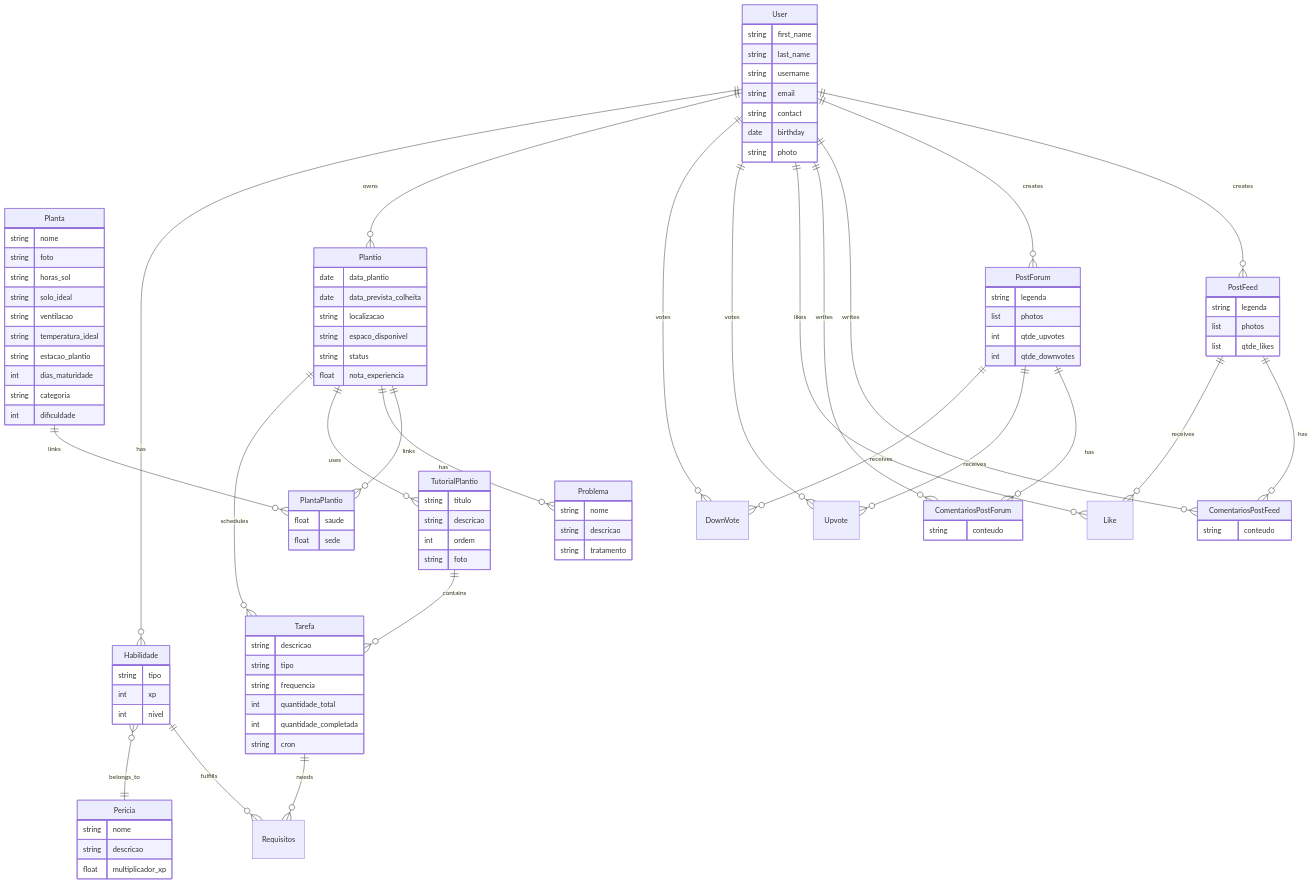
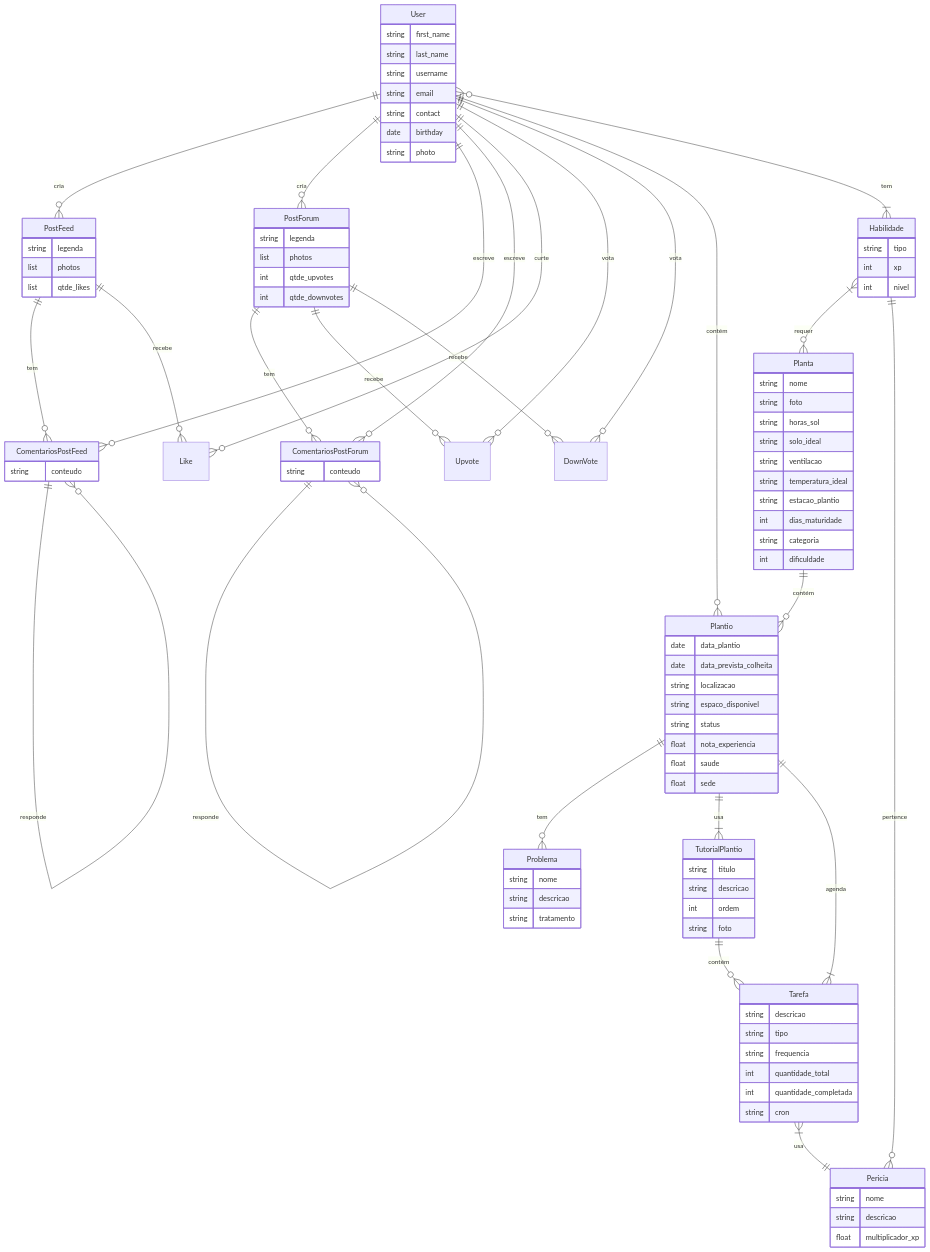
One commit to Projetos-Faculdade-UCS/plantinhas changed the diagram in README.md. Above: the diagram before and after it, drawn with Mermaid.

Commit message:
Update README.md for clarity and formatting

````diff
--- a/README.md
+++ b/README.md
@@ -27,11 +27,6 @@
     int dificuldade
   }
 
-  PlantaPlantio {
-    float saude
-    float sede
-  }
-
   Plantio {
     date data_plantio
     date data_prevista_colheita
@@ -39,6 +34,8 @@
     string espaco_disponivel
     string status
     float nota_experiencia
+    float saude
+    float sede
   }
 
   Problema {
@@ -75,9 +72,6 @@
     int nivel
   }
 
-  Requisitos {
-  }
-
   PostFeed {
     string legenda
     list photos
@@ -109,34 +103,37 @@
   }
 
   %% Relationships
-  User ||--o{ PostFeed : creates
-  User ||--o{ PostForum : creates
-  User ||--o{ ComentariosPostFeed : writes
-  User ||--o{ ComentariosPostForum : writes
-  User ||--o{ Like : likes
-  User ||--o{ Upvote : votes
-  User ||--o{ DownVote : votes
-  User ||--o{ Plantio : owns
-  User ||--o{ Habilidade : has
+  User ||--o{ PostFeed : cria
+  User ||--o{ PostForum : cria
+  User ||--o{ ComentariosPostFeed : escreve
+  User ||--o{ ComentariosPostForum : escreve
+  User ||--o{ Like : curte
+  User ||--o{ Upvote : vota
+  User ||--o{ DownVote : vota
+  User ||--o{ Plantio : contém
+  User }o--|{ Habilidade : tem
 
-  PostFeed ||--o{ ComentariosPostFeed : has
-  PostFeed ||--o{ Like : receives
+  ComentariosPostFeed ||--o{ ComentariosPostFeed : responde
 
-  PostForum ||--o{ ComentariosPostForum : has
-  PostForum ||--o{ Upvote : receives
-  PostForum ||--o{ DownVote : receives
+  PostFeed ||--o{ ComentariosPostFeed : tem
+  PostFeed ||--o{ Like : recebe
 
-  Plantio ||--o{ PlantaPlantio : links
-  Planta ||--o{ PlantaPlantio : links
+  ComentariosPostForum ||--o{ ComentariosPostForum : responde
 
-  Plantio ||--o{ Problema : has
-  Plantio ||--o{ TutorialPlantio : uses
-  Plantio ||--o{ Tarefa : schedules
+  PostForum ||--o{ ComentariosPostForum : tem
+  PostForum ||--o{ Upvote : recebe
+  PostForum ||--o{ DownVote : recebe
 
-  TutorialPlantio ||--o{ Tarefa : contains
+  Planta ||--o{ Plantio : contém
 
-  Tarefa ||--o{ Requisitos : needs
-  Habilidade ||--o{ Requisitos : fulfills
+  Plantio ||--o{ Problema : tem
+  Plantio ||--|{ TutorialPlantio : usa
+  Plantio ||--|{ Tarefa : agenda
 
-  Habilidade }o--|| Pericia : belongs_to
+  TutorialPlantio ||--o{ Tarefa : contém
+
+  Tarefa }|--|| Pericia : usa
+
+  Habilidade }|--o{ Planta : requer
+  Habilidade ||--o{ Pericia : pertence
 ```
````
